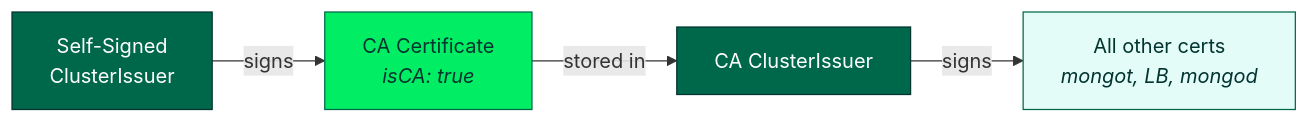
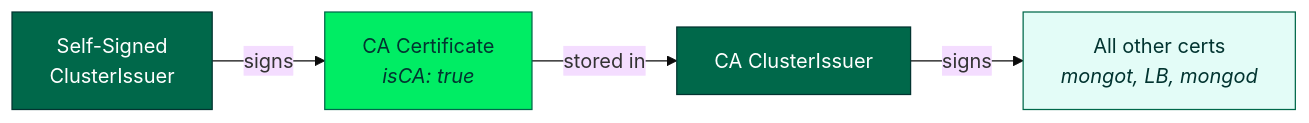
One commit to mongodb/mongodb-kubernetes changed the second of 2 diagrams in docs/search/11-search-rs-mongod-managed-lb/README.md. Above: the diagram before and after it, drawn with Mermaid. The commit also changed other lines of this file and 3 other files, not shown here.

Commit message:
Force base theme in Mermaid diagrams for custom color rendering

````diff
--- a/docs/search/11-search-rs-mongod-managed-lb/README.md
+++ b/docs/search/11-search-rs-mongod-managed-lb/README.md
@@ -151,14 +152,15 @@
 ```mermaid
+%%{init: {'theme': 'base'}}%%
 graph LR
     A["Self-Signed<br/>ClusterIssuer"] -- signs --> B["CA Certificate<br/><i>isCA: true</i>"]
     B -- stored in --> C["CA ClusterIssuer"]
     C -- signs --> D["All other certs<br/><i>mongot, LB, mongod</i>"]
 
     classDef issuer fill:#00684A,stroke:#023430,color:#fff
     classDef cert fill:#00ED64,stroke:#00684A,color:#023430
     classDef leaf fill:#E3FCF7,stroke:#00684A,color:#023430
 
     class A,C issuer
     class B cert
     class D leaf
 ```
````
